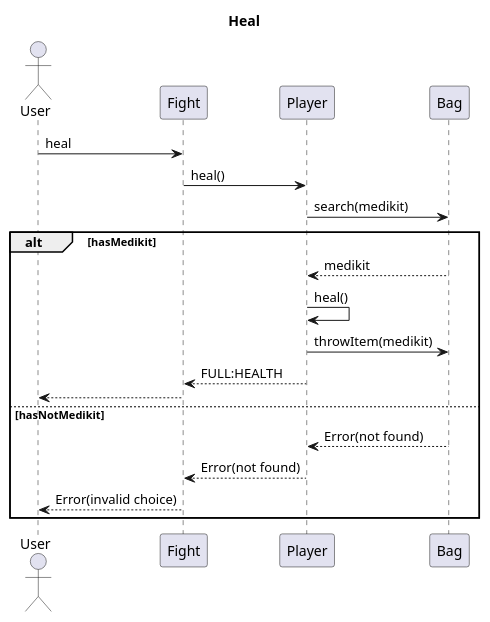
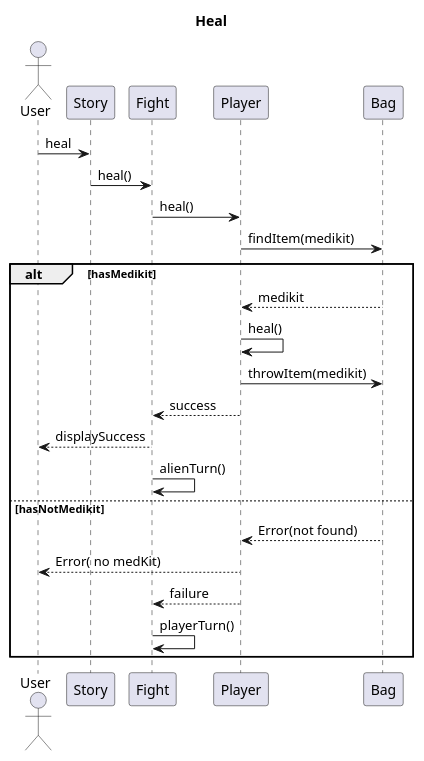
The diagram in src/main/java/com/extraction/uml/uml diagrams/Internal Sequence Diagrams/Heal.puml (EDIDS/EDIDS_Proj), drawn with PlantUML before and after one commit. The commit also changed 12 other files, not shown here.

Commit message:
Almost finished diagrams.

```diff
--- a/src/main/java/com/extraction/uml/uml diagrams/Internal Sequence Diagrams/Heal.puml
+++ b/src/main/java/com/extraction/uml/uml diagrams/Internal Sequence Diagrams/Heal.puml
@@ -1,25 +1,29 @@
 @startuml
 
 title Heal
 
 actor User
+participant Story
 participant Fight
 participant Player
 participant Bag
 
-User -> Fight : heal
+User -> Story : heal
+Story -> Fight : heal()
 Fight -> Player : heal()
-Player -> Bag : search(medikit)
+Player -> Bag : findItem(medikit)
 alt hasMedikit
     return medikit
     Player -> Player : heal()
     Player -> Bag : throwItem(medikit)
-    Player --> Fight : FULL:HEALTH
-    Fight --> User
+    Player --> Fight : success
+    Fight --> User : displaySuccess
+    Fight -> Fight : alienTurn()
 else hasNotMedikit
     Bag --> Player : Error(not found)
-    Player --> Fight : Error(not found)
-    Fight --> User : Error(invalid choice)
+    Player --> User : Error( no medKit)
+    Player --> Fight : failure
+    Fight -> Fight : playerTurn()
 end 
 
 @enduml
```
